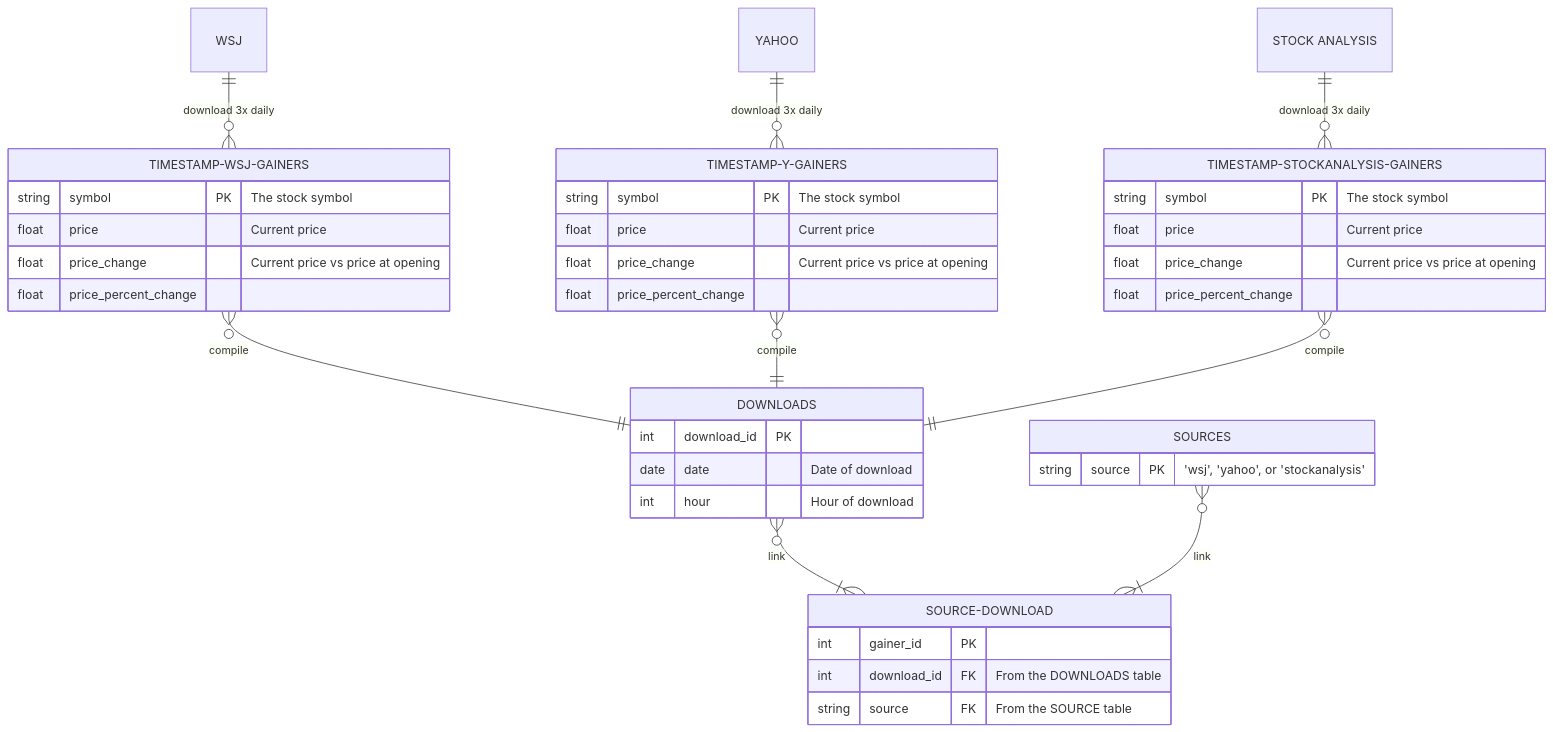
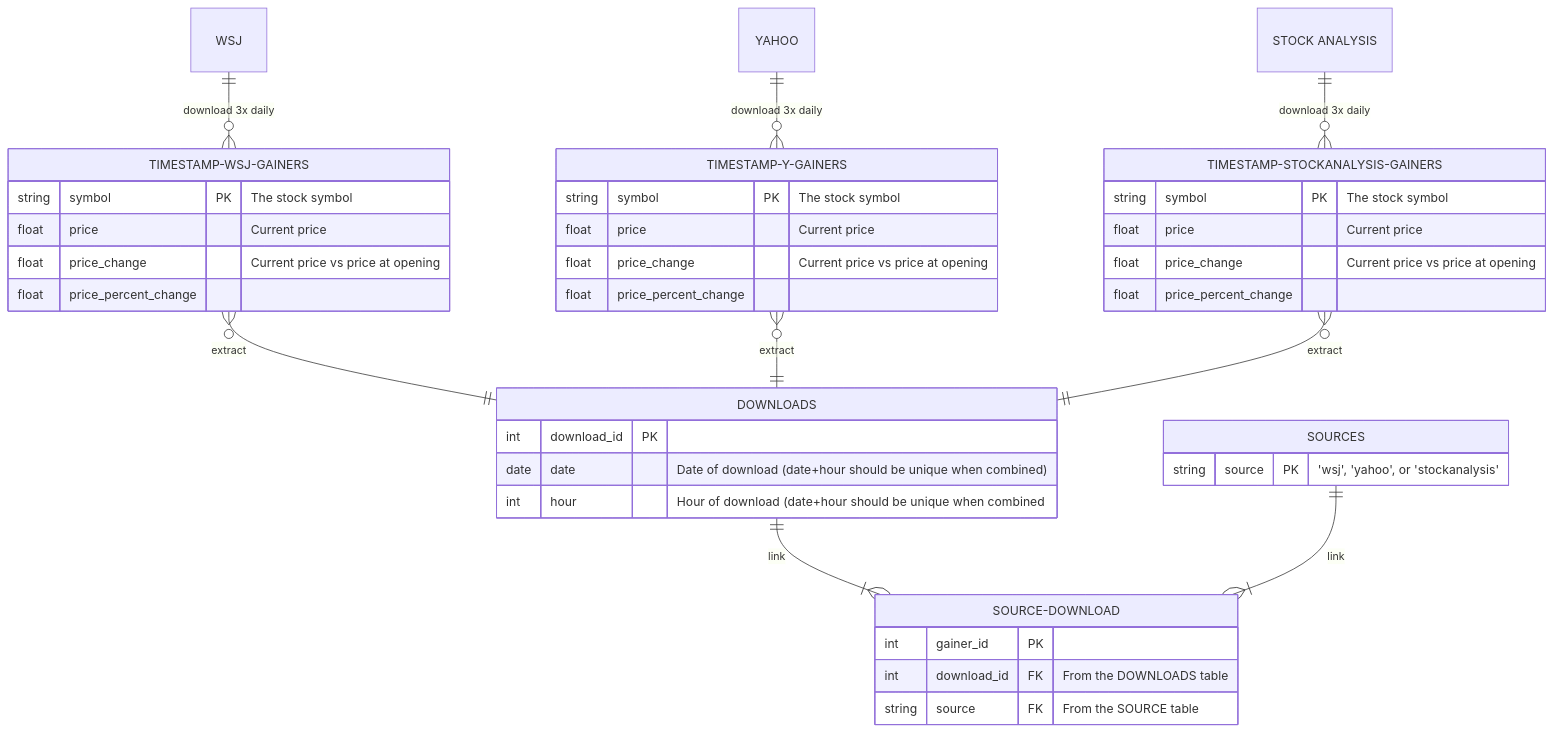
Before and after one commit to KazBarker/SP25_DS5111_nrg6cb: the diagram in ERD/ERD.md, drawn with Mermaid.

````diff
--- a/ERD/ERD.md
+++ b/ERD/ERD.md
@@ -2,48 +2,48 @@
 ```mermaid
 erDiagram
     WSJ only one to zero or more TIMESTAMP-WSJ-GAINERS : "download 3x daily"
     YAHOO only one to zero or more TIMESTAMP-Y-GAINERS : "download 3x daily"
     "STOCK ANALYSIS" only one to zero or more TIMESTAMP-STOCKANALYSIS-GAINERS : "download 3x daily"
     
     TIMESTAMP-WSJ-GAINERS {
         string symbol PK "The stock symbol"
         float price "Current price"
         float price_change "Current price vs price at opening"
         float price_percent_change
     }
     TIMESTAMP-Y-GAINERS {
         string symbol PK "The stock symbol"
         float price "Current price"
         float price_change "Current price vs price at opening"
         float price_percent_change
     }
     TIMESTAMP-STOCKANALYSIS-GAINERS {
         string symbol PK "The stock symbol"
         float price "Current price"
         float price_change "Current price vs price at opening"
         float price_percent_change
     }
  
-    TIMESTAMP-WSJ-GAINERS many to only one DOWNLOADS : "compile"
-    TIMESTAMP-Y-GAINERS many to only one DOWNLOADS : "compile"
-    TIMESTAMP-STOCKANALYSIS-GAINERS many to only one DOWNLOADS : "compile"
+    TIMESTAMP-WSJ-GAINERS many to only one DOWNLOADS : "extract"
+    TIMESTAMP-Y-GAINERS many to only one DOWNLOADS : "extract"
+    TIMESTAMP-STOCKANALYSIS-GAINERS many to only one DOWNLOADS : "extract"
 
     DOWNLOADS {
         int download_id PK
-        date date "Date of download"
-        int hour "Hour of download"
+        date date "Date of download (date+hour should be unique when combined)"
+        int hour "Hour of download (date+hour should be unique when combined"
     }
 
     SOURCES {
         string source PK "'wsj', 'yahoo', or 'stockanalysis'"
     }
 
-    DOWNLOADS many to one or more SOURCE-DOWNLOAD : "link"
-    SOURCES many to one or more SOURCE-DOWNLOAD : "link"
+    DOWNLOADS one to one or more SOURCE-DOWNLOAD : "link"
+    SOURCES one to one or more SOURCE-DOWNLOAD : "link"
 
     SOURCE-DOWNLOAD {
         int gainer_id PK
         int download_id FK "From the DOWNLOADS table"
         string source FK "From the SOURCE table"
     }
 ```
````
